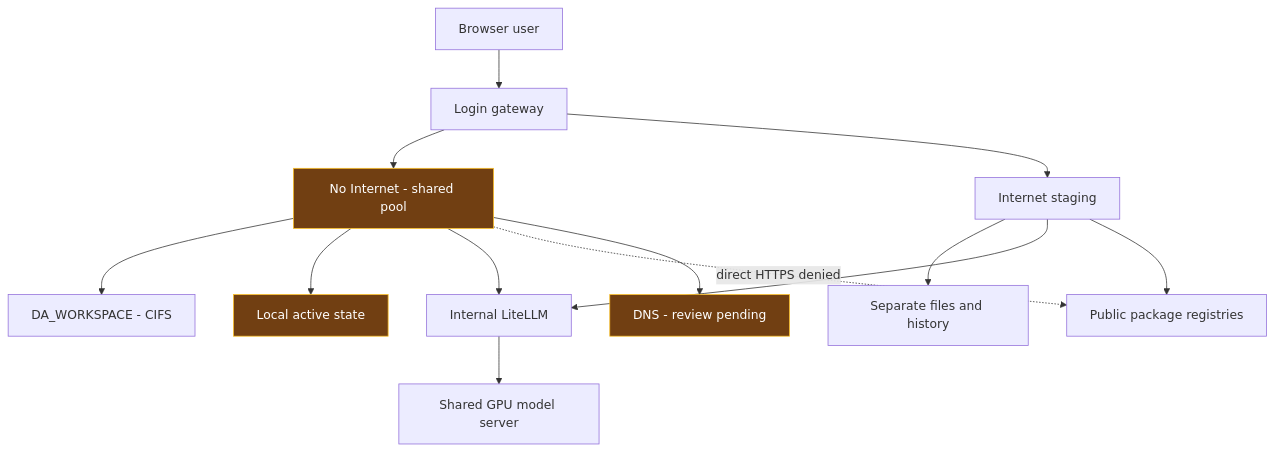
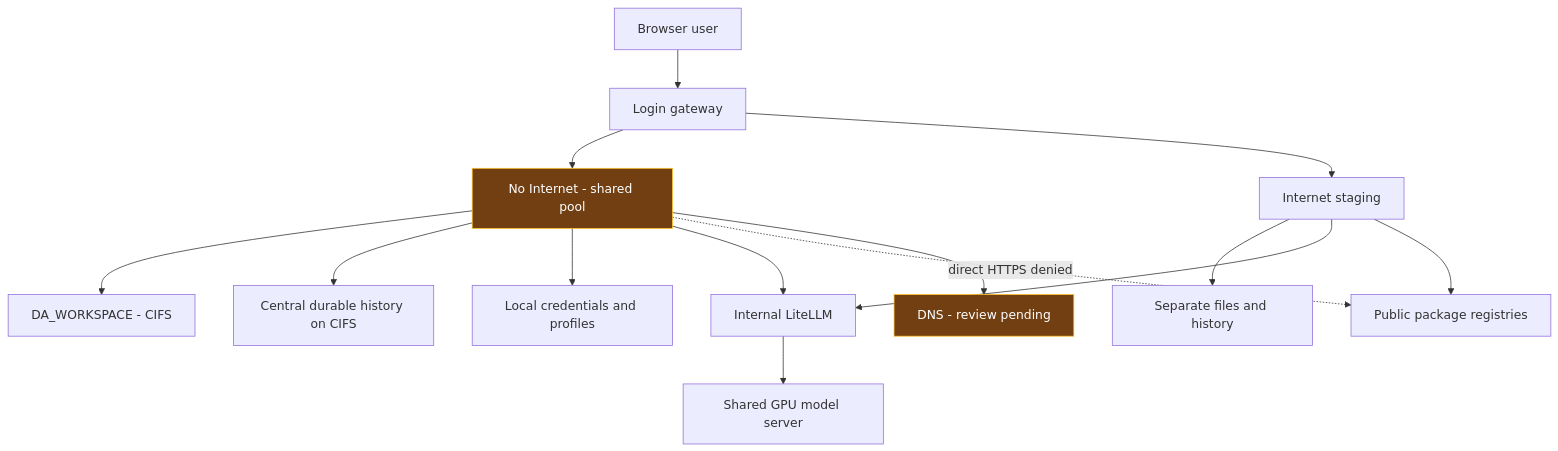
The first of 3 diagrams in docs/DSH_RDT_PILOT_SECURITY_CONTROL_ASSESSMENT.md (skunpoj/dsh_setup), drawn with Mermaid before and after one commit. The commit also changed other lines of this file and 21 other files, not shown here.

Commit message:
Restore central durable state and repair legacy session workspaces

````diff
--- a/docs/DSH_RDT_PILOT_SECURITY_CONTROL_ASSESSMENT.md
+++ b/docs/DSH_RDT_PILOT_SECURITY_CONTROL_ASSESSMENT.md
@@ -27,17 +27,18 @@
 ```mermaid
 flowchart TB
  U[Browser user] --> G[Login gateway]
  G --> S[No Internet - shared pool]
  G --> I[Internet staging]
  S --> SW[DA_WORKSPACE - CIFS]
- S --> SS[Local active state]
+ S --> SS[Central durable history on CIFS]
+ S --> LC[Local credentials and profiles]
  I --> IW[Separate files and history]
  S --> L[Internal LiteLLM]
  I --> L
  L --> M[Shared GPU model server]
  I --> W[Public package registries]
  S -. direct HTTPS denied .-> W
  S --> D[DNS - review pending]
  classDef gap fill:#713f12,stroke:#fbbf24,color:#fff;
- class S,D,SS gap;
+ class S,D gap;
 ```
````
